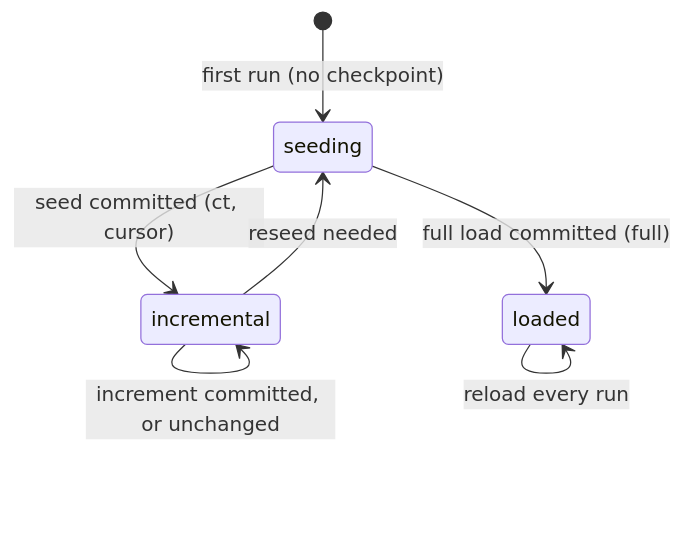
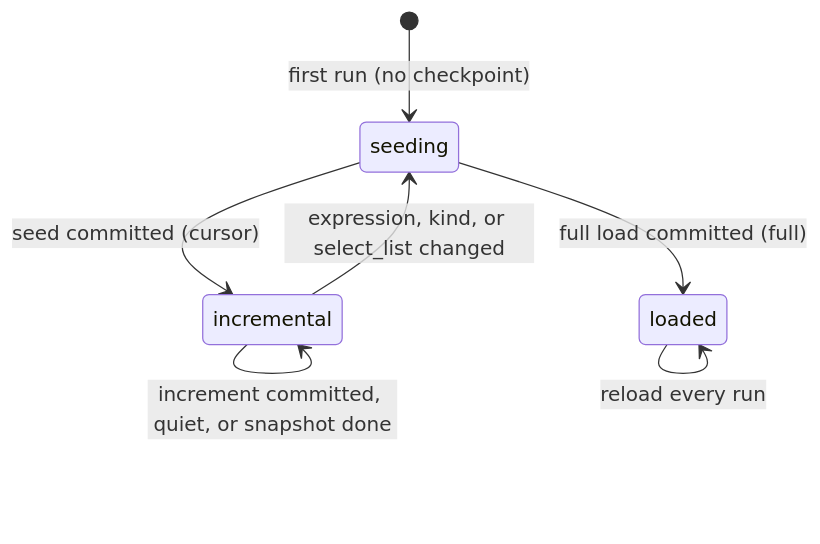
One commit to dwtorres/lakefed-ingest changed the second of 2 diagrams in docs/lakebase_schema.md. Above: the diagram before and after it, drawn with Mermaid. The commit also changed other lines of this file and 15 other files, not shown here.

First line of the commit message:
docs(engine): cursor-only README, module headers, deploy, monitoring, schema docs

````diff
--- a/docs/lakebase_schema.md
+++ b/docs/lakebase_schema.md
@@ -160,9 +166,9 @@
 ```mermaid
 stateDiagram-v2
     [*] --> seeding: first run (no checkpoint)
-    seeding --> incremental: seed committed (ct, cursor)
+    seeding --> incremental: seed committed (cursor)
     seeding --> loaded: full load committed (full)
-    incremental --> incremental: increment committed, or unchanged
-    incremental --> seeding: reseed needed
+    incremental --> incremental: increment committed, quiet, or snapshot done
+    incremental --> seeding: expression, kind, or select_list changed
     loaded --> loaded: reload every run
 ```
````
